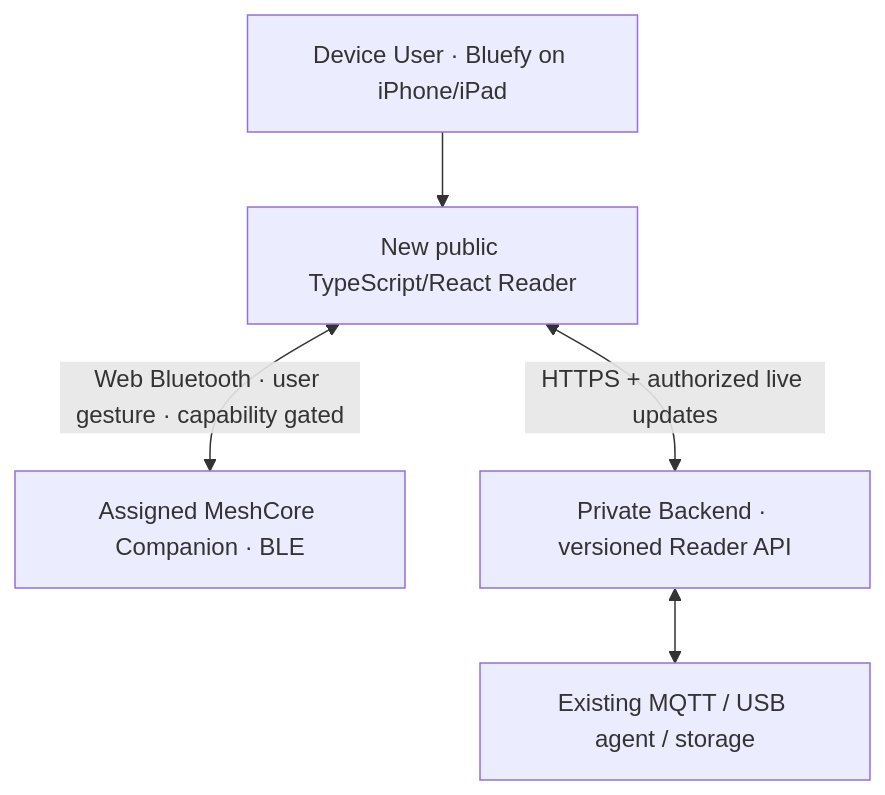
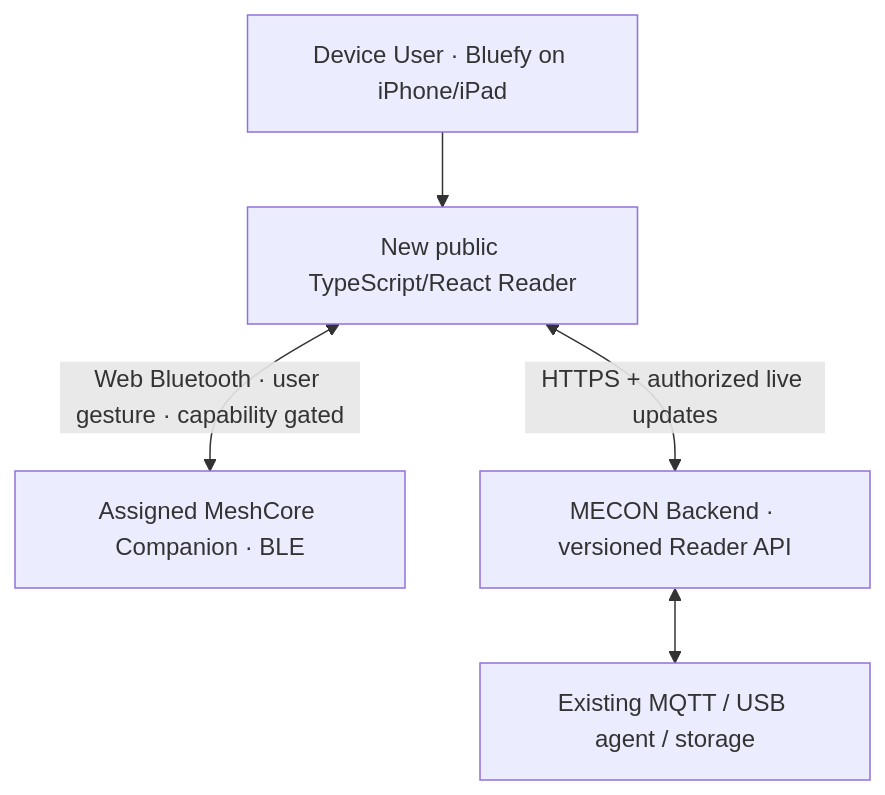
Before and after one commit to hoejriis/mecon-backend: the diagram in docs/MVP1_ARCHITECTURE.md, drawn with Mermaid. The commit also changed other lines of this file, not shown here.

Commit message:
docs: remove private implementation and issue-tracking references

````diff
--- a/docs/MVP1_ARCHITECTURE.md
+++ b/docs/MVP1_ARCHITECTURE.md
@@ -5,12 +5,12 @@
 ```mermaid
 flowchart TD
   U["Device User · Bluefy on iPhone/iPad"]
   R["New public TypeScript/React Reader"]
   C["Assigned MeshCore Companion · BLE"]
-  A["Private Backend · versioned Reader API"]
+  A["MECON Backend · versioned Reader API"]
   M["Existing MQTT / USB agent / storage"]
   U --> R
   R <-->|"Web Bluetooth · user gesture · capability gated"| C
   R <-->|"HTTPS + authorized live updates"| A
   A <--> M
 ```
````
